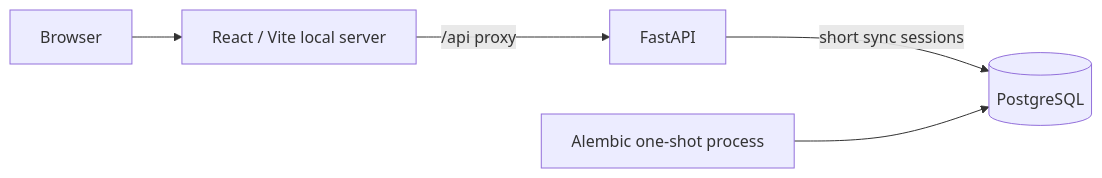
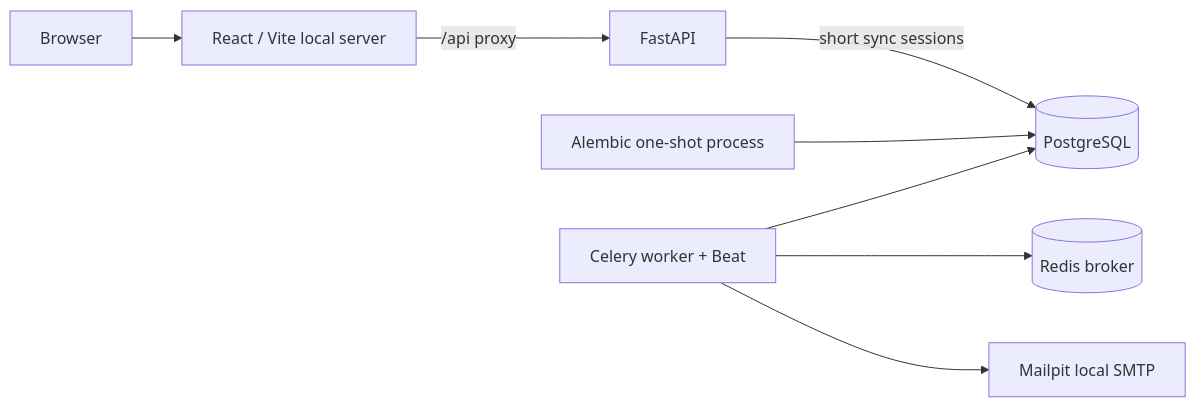
One commit to ree1o/SupportFlowAI changed the first of 2 diagrams in docs/architecture.md. Above: the diagram before and after it, drawn with Mermaid. The commit also changed other lines of this file and 35 other files, not shown here.

````diff
--- a/docs/architecture.md
+++ b/docs/architecture.md
@@ -43,7 +43,10 @@
 ```mermaid
 flowchart LR
     Browser[Browser] --> Frontend[React / Vite local server]
     Frontend -->|/api proxy| API[FastAPI]
     API -->|short sync sessions| DB[(PostgreSQL)]
     Migration[Alembic one-shot process] --> DB
+    Worker[Celery worker + Beat] --> DB
+    Worker --> Redis[(Redis broker)]
+    Worker --> SMTP[Mailpit local SMTP]
 ```
````
